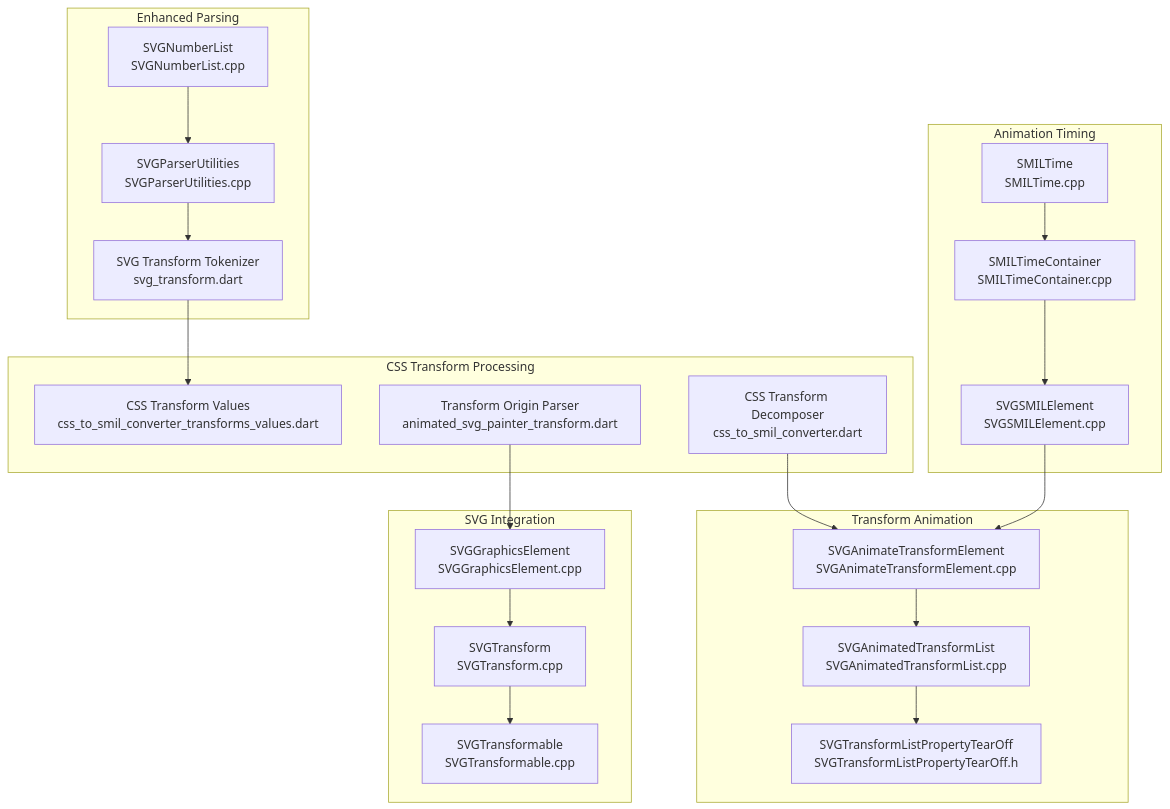
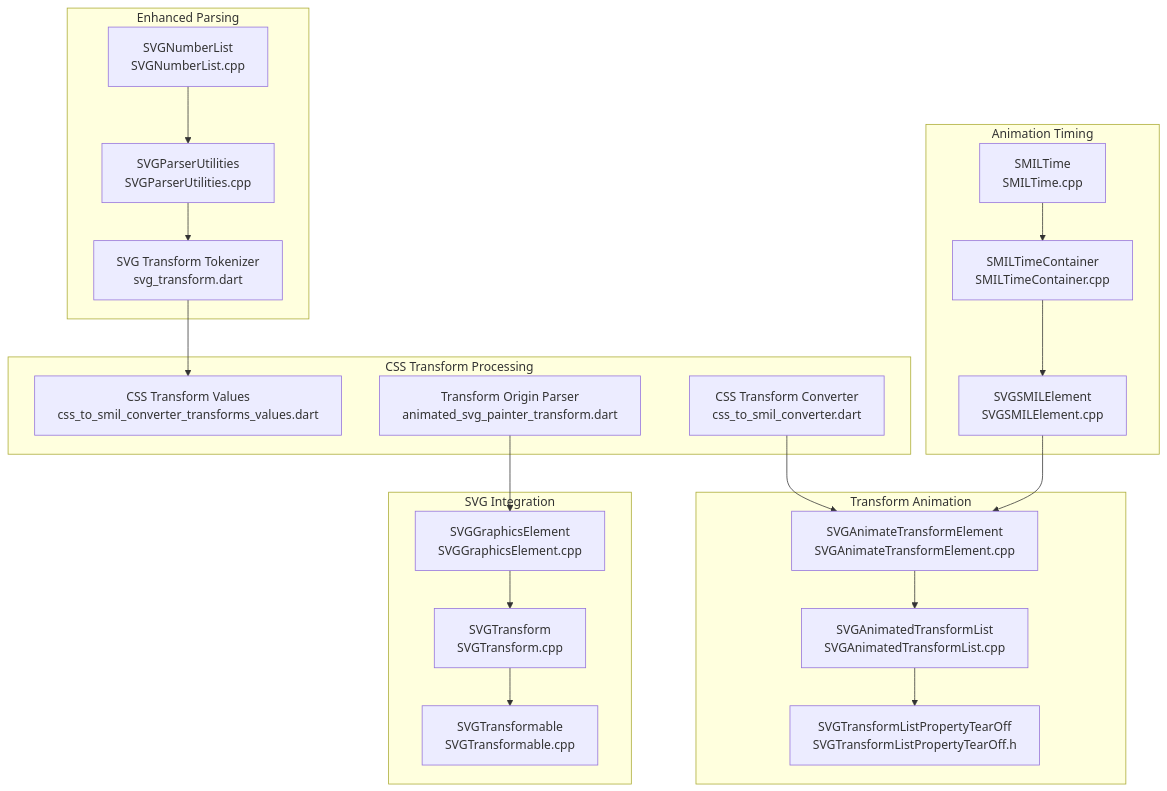
The first of 9 diagrams in .qoder/repowiki/en/content/Smil Transforms.md (denisnadey/flutter_full_svg_support), drawn with Mermaid before and after one commit. The commit also changed other lines of this file and 40 other files, not shown here.

````diff
--- a/.qoder/repowiki/en/content/Smil Transforms.md
+++ b/.qoder/repowiki/en/content/Smil Transforms.md
@@ -68,40 +72,40 @@
 ```mermaid
 graph TB
 subgraph "Animation Timing"
 A["SMILTime<br/>SMILTime.cpp"]
 B["SMILTimeContainer<br/>SMILTimeContainer.cpp"]
 C["SVGSMILElement<br/>SVGSMILElement.cpp"]
 end
 subgraph "Transform Animation"
 D["SVGAnimateTransformElement<br/>SVGAnimateTransformElement.cpp"]
 E["SVGAnimatedTransformList<br/>SVGAnimatedTransformList.cpp"]
 F["SVGTransformListPropertyTearOff<br/>SVGTransformListPropertyTearOff.h"]
 end
 subgraph "Enhanced Parsing"
 G["SVGNumberList<br/>SVGNumberList.cpp"]
 H["SVGParserUtilities<br/>SVGParserUtilities.cpp"]
 I["SVG Transform Tokenizer<br/>svg_transform.dart"]
 end
 subgraph "CSS Transform Processing"
 J["CSS Transform Values<br/>css_to_smil_converter_transforms_values.dart"]
 K["Transform Origin Parser<br/>animated_svg_painter_transform.dart"]
-L["CSS Transform Decomposer<br/>css_to_smil_converter.dart"]
+L["CSS Transform Converter<br/>css_to_smil_converter.dart"]
 end
 subgraph "SVG Integration"
 M["SVGGraphicsElement<br/>SVGGraphicsElement.cpp"]
 N["SVGTransform<br/>SVGTransform.cpp"]
 O["SVGTransformable<br/>SVGTransformable.cpp"]
 end
 A --> B
 B --> C
 C --> D
 D --> E
 E --> F
 G --> H
 H --> I
 I --> J
 K --> M
 L --> D
 M --> N
 N --> O
 ```
````
